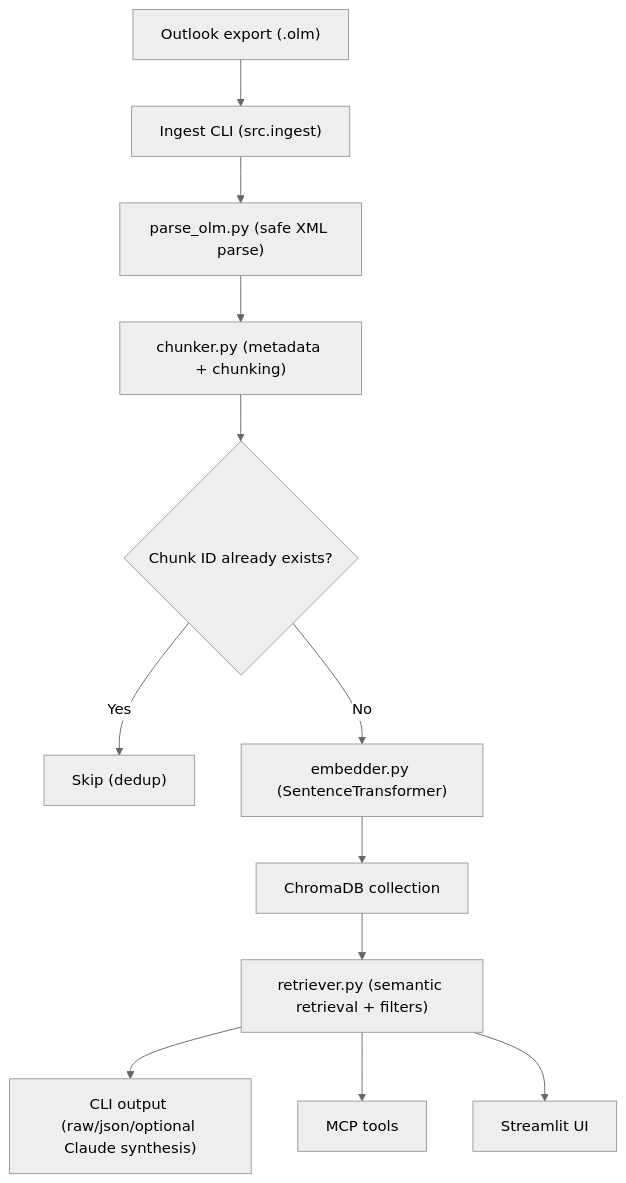
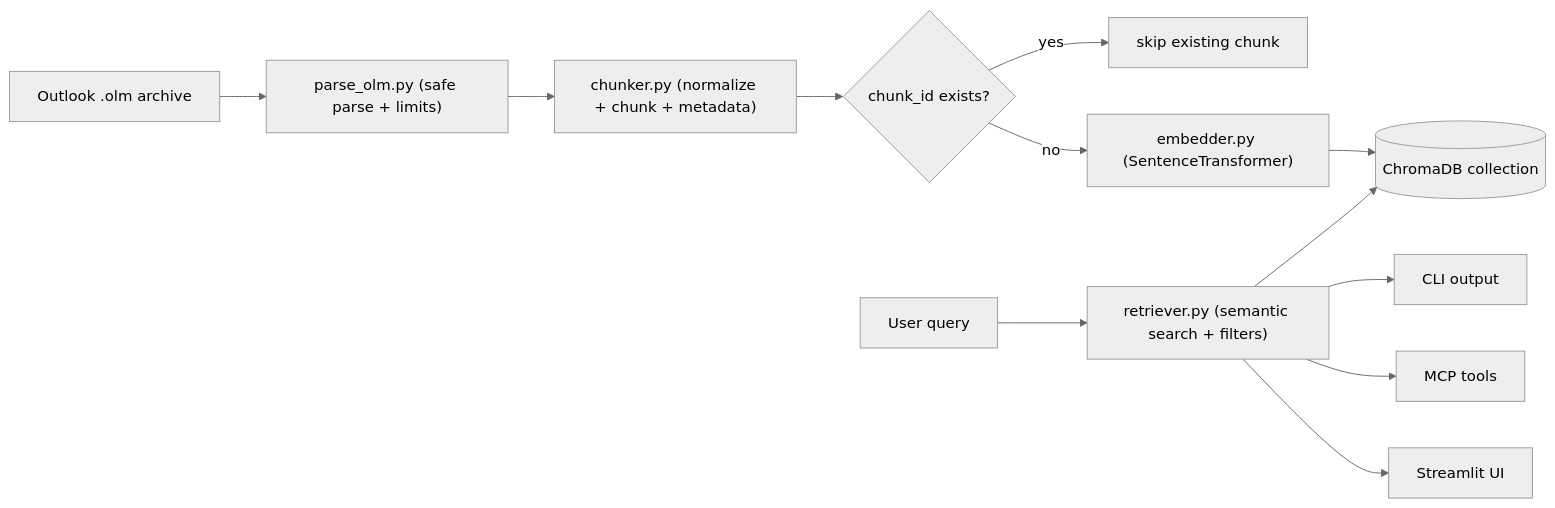
Before and after one commit to sebastianspicker/outlook-email-rag: the first of 2 diagrams in README.md, drawn with Mermaid (neutral theme). The commit also changed other lines of this file and 45 other files, not shown here.

````diff
--- a/README.md
+++ b/README.md
@@ -56,14 +27,14 @@
 ```mermaid
-flowchart TD
-  A["Outlook export (.olm)"] --> B["Ingest CLI (src.ingest)"]
-  B --> C["parse_olm.py (safe XML parse)"]
-  C --> D["chunker.py (metadata + chunking)"]
-  D --> E{"Chunk ID already exists?"}
-  E -- "Yes" --> F["Skip (dedup)"]
-  E -- "No" --> G["embedder.py (SentenceTransformer)"]
-  G --> H["ChromaDB collection"]
-  H --> I["retriever.py (semantic retrieval + filters)"]
-  I --> J["CLI output (raw/json/optional Claude synthesis)"]
+flowchart LR
+  A["Outlook .olm archive"] --> B["parse_olm.py (safe parse + limits)"]
+  B --> C["chunker.py (normalize + chunk + metadata)"]
+  C --> D{"chunk_id exists?"}
+  D -- "yes" --> E["skip existing chunk"]
+  D -- "no" --> F["embedder.py (SentenceTransformer)"]
+  F --> G[("ChromaDB collection")]
+  H["User query"] --> I["retriever.py (semantic search + filters)"]
+  I --> G
+  I --> J["CLI output"]
   I --> K["MCP tools"]
   I --> L["Streamlit UI"]
 ```
````
